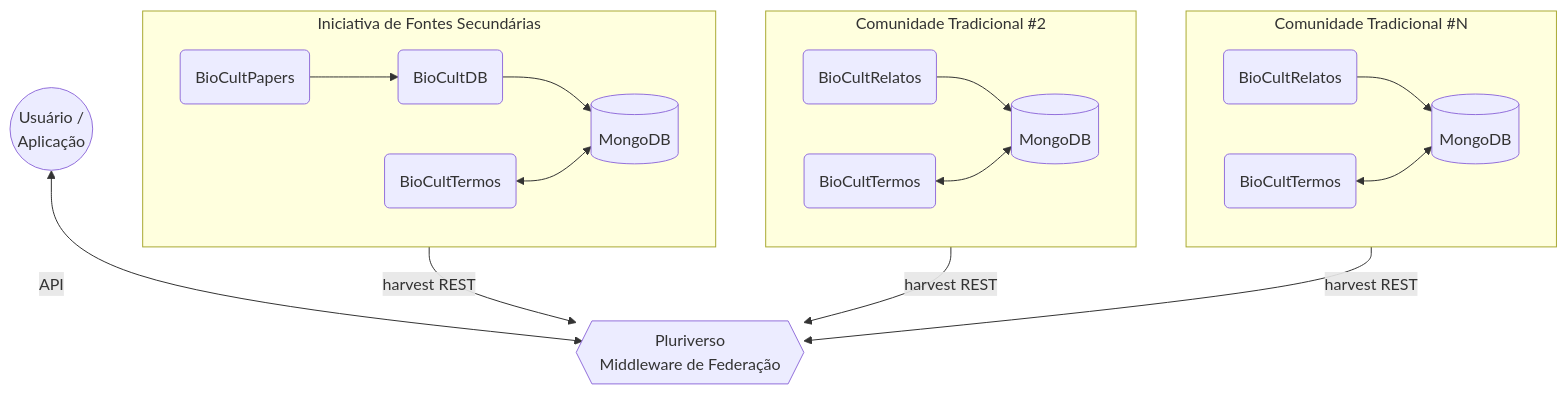
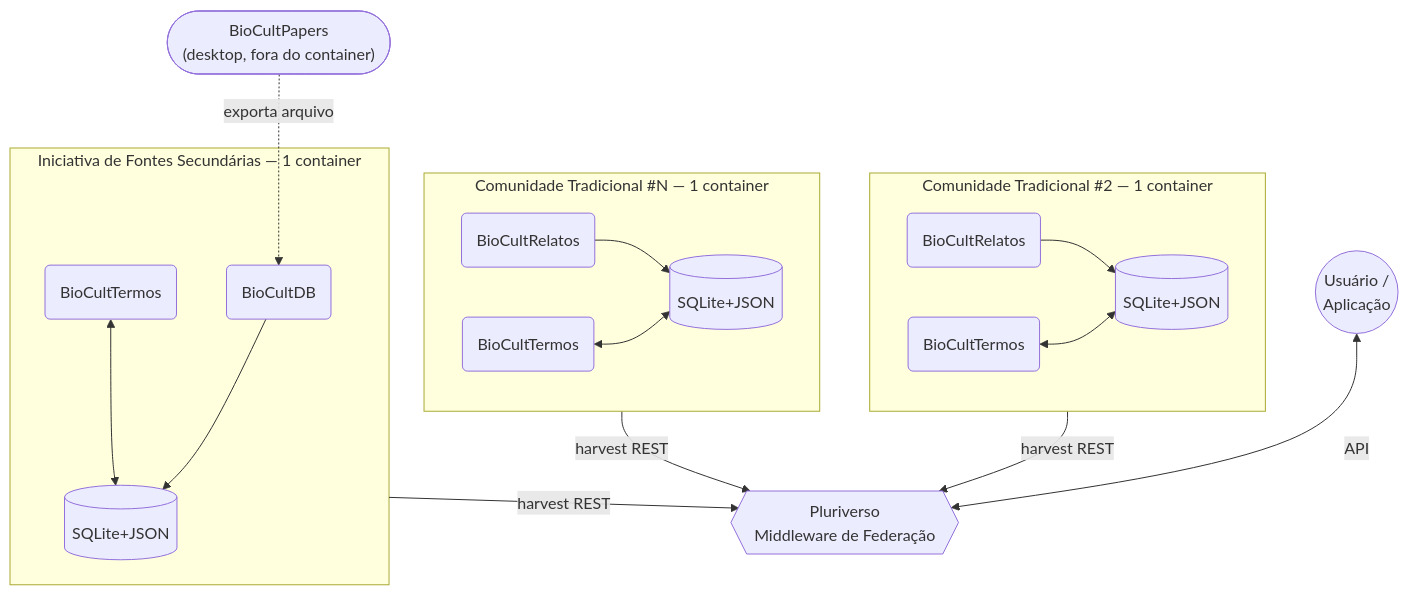
The first of 4 diagrams in README.md (edalcin/Arquitetura-BioCultural), drawn with Mermaid before and after one commit. The commit also changed other lines of this file and 13 other files, not shown here.

First line of the commit message:
docs: arquitetura v3.1 - persistencia SQLite com JSON por unidade (ADR-005)

````diff
--- a/README.md
+++ b/README.md
@@ -89,26 +89,29 @@
 ```mermaid
 graph TD
-    subgraph I1["Iniciativa de Fontes Secundárias"]
-        I1A(BioCultDB) --> I1M[(MongoDB)]
-        I1B(BioCultPapers) --> I1A
-        I1C(BioCultTermos) <--> I1M
+    I1P(["BioCultPapers\n(desktop, fora do container)"])
+
+    subgraph I1["Iniciativa de Fontes Secundárias — 1 container"]
+        I1A(BioCultDB) --> I1S[(SQLite+JSON)]
+        I1C(BioCultTermos) <--> I1S
     end
 
-    subgraph C2["Comunidade Tradicional #2"]
-        C2A(BioCultRelatos) --> C2M[(MongoDB)]
-        C2B(BioCultTermos) <--> C2M
+    I1P -.->|"exporta arquivo"| I1A
+
+    subgraph C2["Comunidade Tradicional #2 — 1 container"]
+        C2A(BioCultRelatos) --> C2S[(SQLite+JSON)]
+        C2B(BioCultTermos) <--> C2S
     end
 
-    subgraph C3["Comunidade Tradicional #N"]
-        C3A(BioCultRelatos) --> C3M[(MongoDB)]
-        C3B(BioCultTermos) <--> C3M
+    subgraph C3["Comunidade Tradicional #N — 1 container"]
+        C3A(BioCultRelatos) --> C3S[(SQLite+JSON)]
+        C3B(BioCultTermos) <--> C3S
     end
 
     PL{{"Pluriverso\nMiddleware de Federação"}}
     U((Usuário /\nAplicação))
 
     I1 -->|harvest REST| PL
     C2 -->|harvest REST| PL
     C3 -->|harvest REST| PL
     U <-->|API| PL
 ```
````
